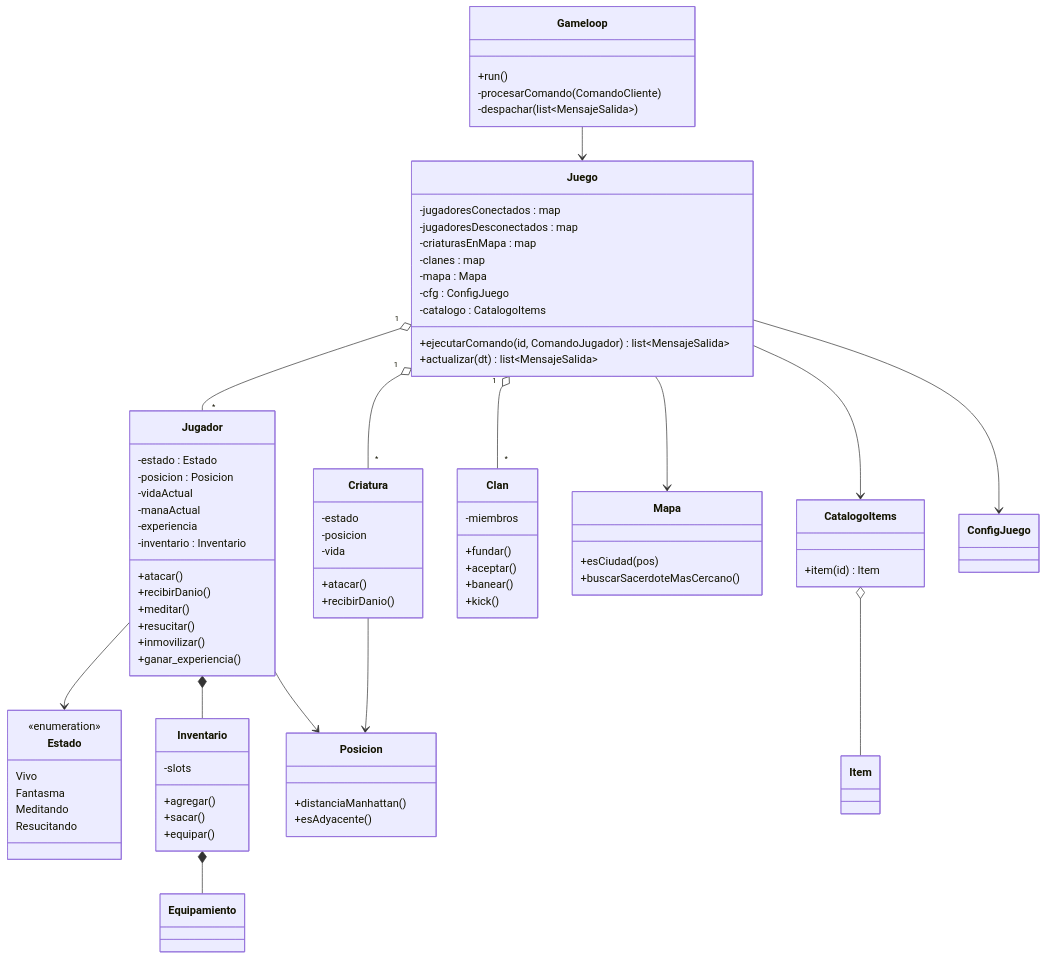
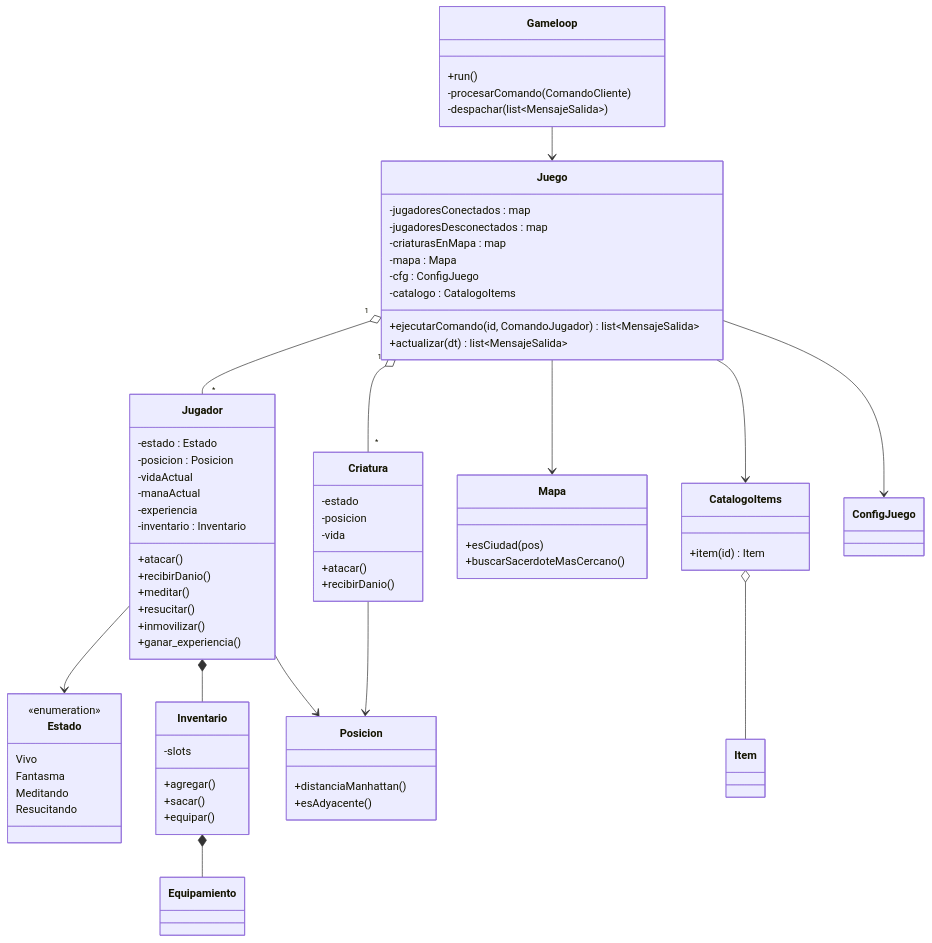
One commit to CrissRMFI/TP-Taller-FIUBA-1C2026-Argentum changed the fourth of 7 diagrams in doc/Documentacion_Tecnica.md. Above: the diagram before and after it, drawn with Mermaid. The commit also changed other lines of this file and 5 other files, not shown here.

```diff
--- a/doc/Documentacion_Tecnica.md
+++ b/doc/Documentacion_Tecnica.md
@@ -176,7 +176,6 @@
     -jugadoresConectados : map
     -jugadoresDesconectados : map
     -criaturasEnMapa : map
-    -clanes : map
     -mapa : Mapa
     -cfg : ConfigJuego
     -catalogo : CatalogoItems
@@ -211,13 +210,6 @@
     +atacar()
     +recibirDanio()
   }
-  class Clan {
-    -miembros
-    +fundar()
-    +aceptar()
-    +banear()
-    +kick()
-  }
   class Inventario {
     -slots
     +agregar()
@@ -242,7 +234,6 @@
   Gameloop --> Juego
   Juego "1" o-- "*" Jugador
   Juego "1" o-- "*" Criatura
-  Juego "1" o-- "*" Clan
   Juego --> Mapa
   Juego --> CatalogoItems
   Juego --> ConfigJuego
```
